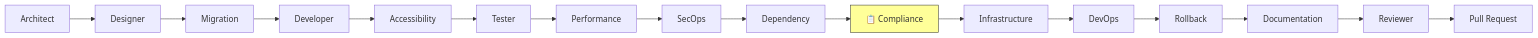
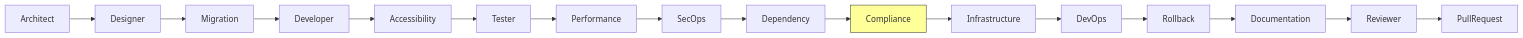
The second of 2 diagrams in docs/adding-agents.md (delehner/wisp), drawn with Mermaid before and after one commit. The commit also changed other lines of this file and 53 other files, not shown here.

````diff
--- a/docs/adding-agents.md
+++ b/docs/adding-agents.md
@@ -128,20 +201,20 @@
 ```mermaid
 flowchart LR
     A1[Architect] --> A2[Designer]
     A2 --> A3[Migration]
     A3 --> A4[Developer]
     A4 --> A5[Accessibility]
     A5 --> A6[Tester]
     A6 --> A7[Performance]
     A7 --> A8[SecOps]
     A8 --> A9[Dependency]
-    A9 --> New[📋 Compliance]
+    A9 --> New[Compliance]
     New --> A10[Infrastructure]
     A10 --> A11[DevOps]
     A11 --> A12[Rollback]
     A12 --> A13[Documentation]
     A13 --> A14[Reviewer]
-    A14 --> PR[Pull Request]
+    A14 --> PR[PullRequest]
 
     style New fill:#ff9,stroke:#333
 ```
````
